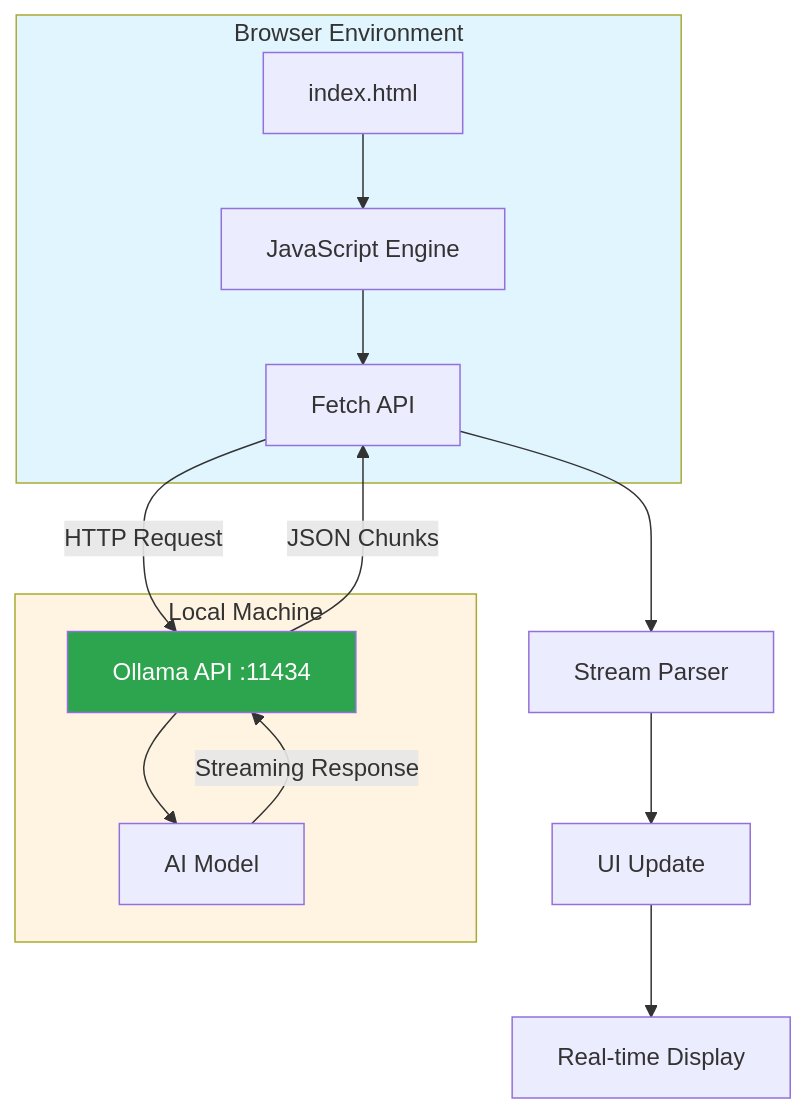
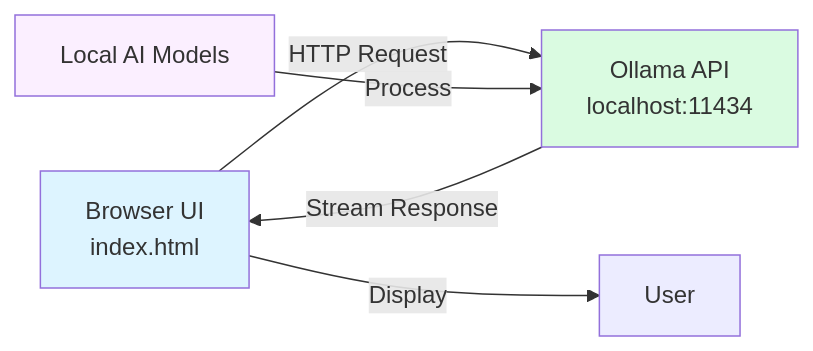
One commit to xsukax/xsukax-Ollama-AI-Prompt-Generator changed the second of 3 diagrams in README.md. Above: the diagram before and after it, drawn with Mermaid. The commit also changed other lines of this file, not shown here.

````diff
--- a/README.md
+++ b/README.md
@@ -232,22 +260,11 @@
 ```mermaid
-flowchart TD
-    subgraph Browser["Browser Environment"]
-        A[index.html] --> B[JavaScript Engine]
-        B --> C[Fetch API]
-    end
+graph LR
+    A[Browser UI<br/>index.html] -->|HTTP Request| B[Ollama API<br/>localhost:11434]
+    B -->|Stream Response| A
+    A -->|Display| C[User]
+    D[Local AI Models] -->|Process| B
     
-    subgraph Local["Local Machine"]
-        C -->|HTTP Request| D[Ollama API :11434]
-        D --> E[AI Model]
-        E -->|Streaming Response| D
-        D -->|JSON Chunks| C
-    end
-    
-    C --> F[Stream Parser]
-    F --> G[UI Update]
-    G --> H[Real-time Display]
-    
-    style Browser fill:#e1f5ff
-    style Local fill:#fff4e1
-    style D fill:#2da44e,color:#fff
+    style A fill:#ddf4ff
+    style B fill:#dafbe1
+    style D fill:#fbefff
 ```
````
